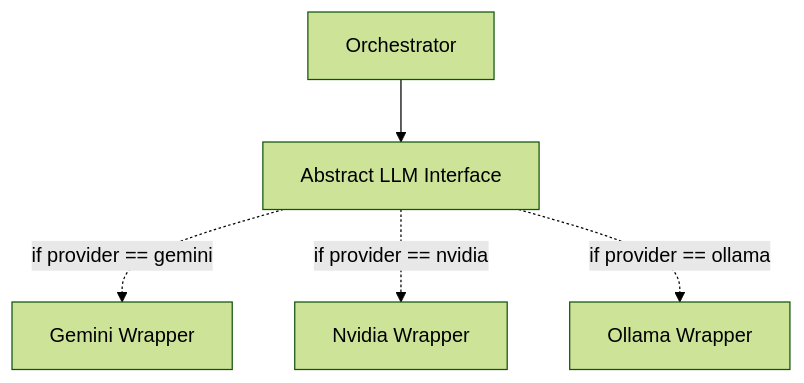
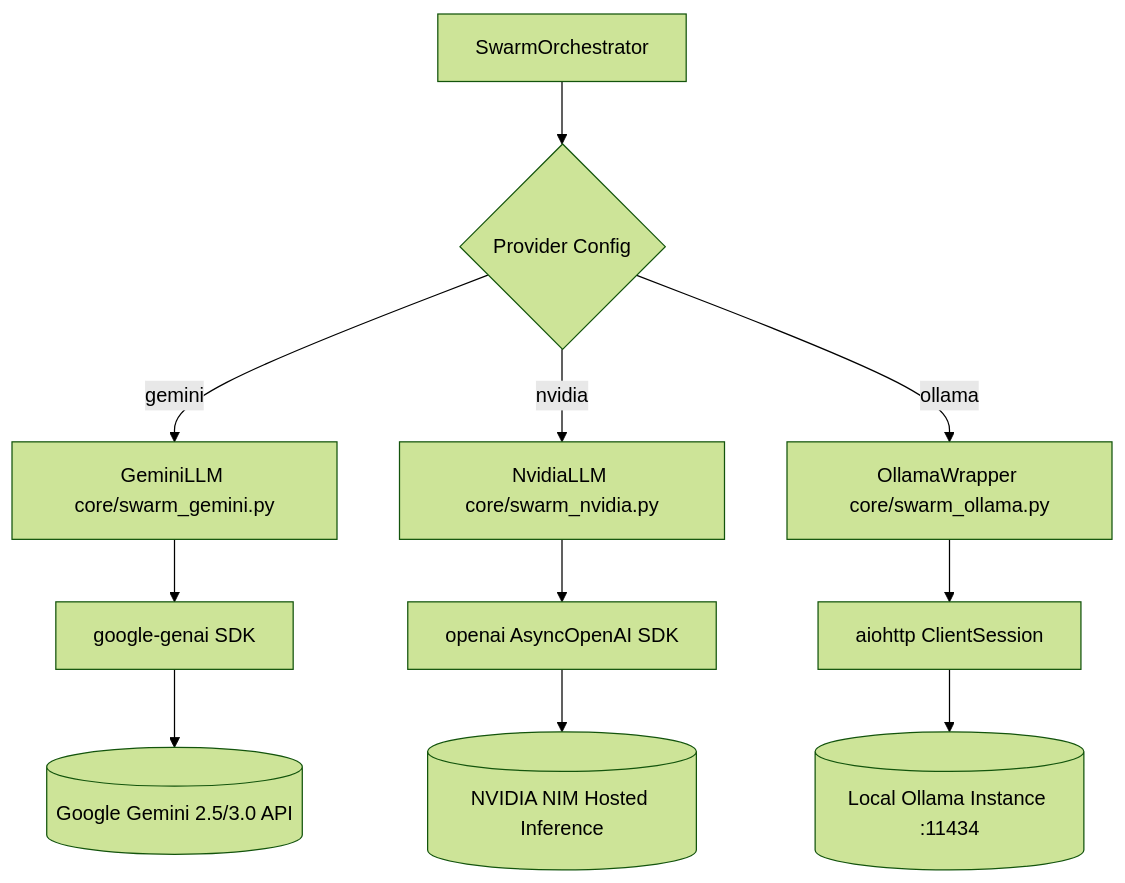
The first of 2 diagrams in docs/llm_provider_integration.md (AnimalGuide-MackHaber/Murmuration_swarm), drawn with Mermaid (forest theme) before and after one commit. The commit also changed other lines of this file and 155 other files, not shown here.

Commit message:
Refactor core architecture, add FastAPI/React Control Tower, synthetic organism governor, and update documentation

````diff
--- a/docs/llm_provider_integration.md
+++ b/docs/llm_provider_integration.md
@@ -14,7 +11,15 @@
 ```mermaid
 graph TD
-    O[Orchestrator] --> IL[Abstract LLM Interface]
-    IL -.->|if provider == gemini| G[Gemini Wrapper]
-    IL -.->|if provider == nvidia| N[Nvidia Wrapper]
-    IL -.->|if provider == ollama| L[Ollama Wrapper]
+    SO[SwarmOrchestrator] --> ProviderSelector{Provider Config}
+    ProviderSelector -->|gemini| G[GeminiLLM core/swarm_gemini.py]
+    ProviderSelector -->|nvidia| N[NvidiaLLM core/swarm_nvidia.py]
+    ProviderSelector -->|ollama| O[OllamaWrapper core/swarm_ollama.py]
+    
+    G --> GSDK[google-genai SDK]
+    N --> NSDK[openai AsyncOpenAI SDK]
+    O --> OREST[aiohttp ClientSession]
+    
+    GSDK --> GCloud[(Google Gemini 2.5/3.0 API)]
+    NSDK --> NCloud[(NVIDIA NIM Hosted Inference)]
+    OREST --> OLocal[(Local Ollama Instance :11434)]
 ```
````
